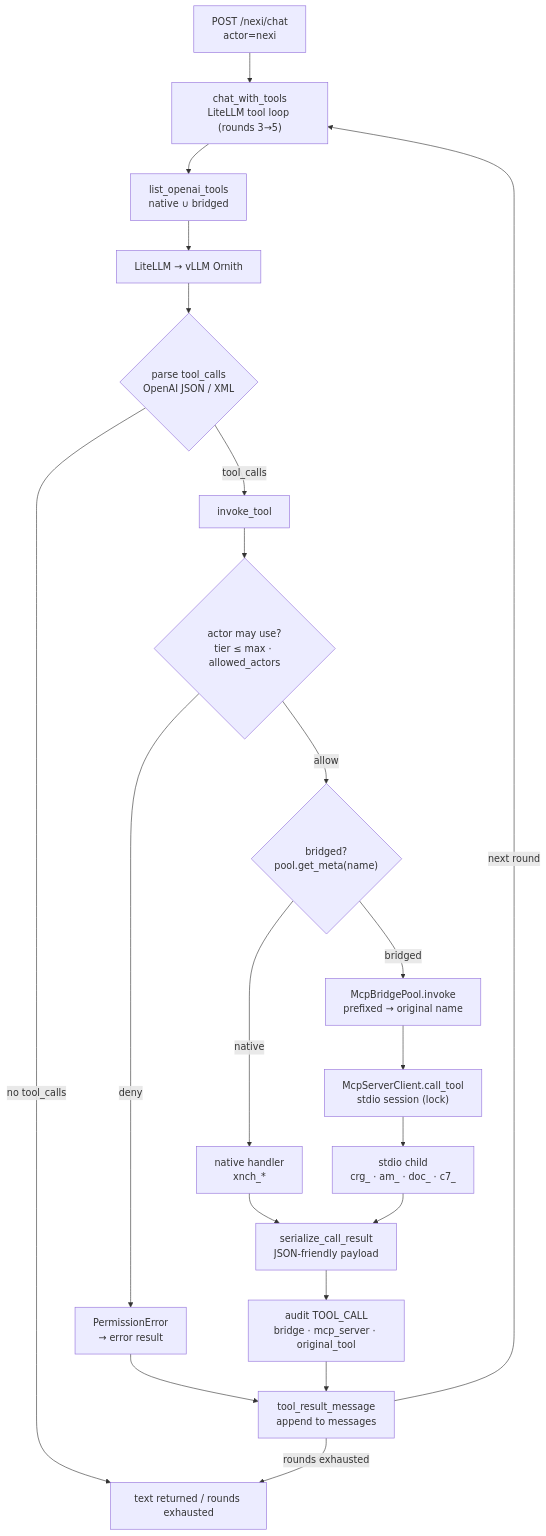
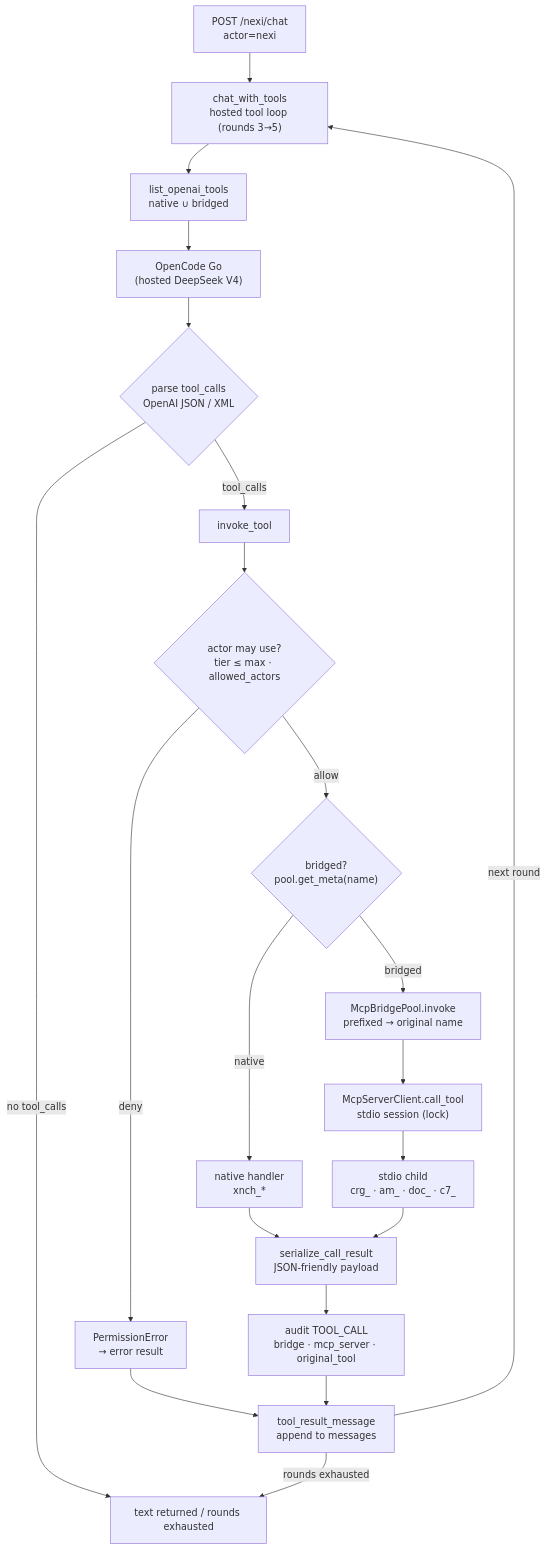
Before and after one commit to x-nch/xnchSystems: the diagram in docs/diagrams/mcp-bridge.mmd, drawn with Mermaid. The commit also changed 16 other files, not shown here.

```diff
--- a/docs/diagrams/mcp-bridge.mmd
+++ b/docs/diagrams/mcp-bridge.mmd
@@ -1,39 +1,39 @@
 flowchart TB
     REQ["POST /nexi/chat<br/>actor=nexi"]
-    CWT["chat_with_tools<br/>LiteLLM tool loop (rounds 3→5)"]
+    CWT["chat_with_tools<br/>hosted tool loop (rounds 3→5)"]
     TOOLS["list_openai_tools<br/>native ∪ bridged"]
-    LLM["LiteLLM → vLLM Ornith"]
+    LLM["OpenCode Go<br/>(hosted DeepSeek V4)"]
     PARSE{"parse tool_calls<br/>OpenAI JSON / <tool_call> XML"}
     INVOKE["invoke_tool"]
     GUARD{"actor may use?<br/>tier ≤ max · allowed_actors"}
     DENY["PermissionError<br/>→ error result"]
     NATIVE["native handler<br/>xnch_*"]
     META{"bridged?<br/>pool.get_meta(name)"}
     POOL["McpBridgePool.invoke<br/>prefixed → original name"]
     CLIENT["McpServerClient.call_tool<br/>stdio session (lock)"]
     CHILD["stdio child<br/>crg_ · am_ · doc_ · c7_"]
     SER["serialize_call_result<br/>JSON-friendly payload"]
     AUDIT["audit TOOL_CALL<br/>bridge · mcp_server · original_tool"]
     RESULT["tool_result_message<br/>append to messages"]
     DONE["text returned / rounds exhausted"]
 
     REQ --> CWT
     CWT --> TOOLS
     TOOLS --> LLM
     LLM --> PARSE
     PARSE -->|"no tool_calls"| DONE
     PARSE -->|"tool_calls"| INVOKE
     INVOKE --> GUARD
     GUARD -->|"deny"| DENY
     DENY --> RESULT
     GUARD -->|"allow"| META
     META -->|"native"| NATIVE
     META -->|"bridged"| POOL
     NATIVE --> SER
     POOL --> CLIENT
     CLIENT --> CHILD
     CHILD --> SER
     SER --> AUDIT
     AUDIT --> RESULT
     RESULT -->|"next round"| CWT
     RESULT -->|"rounds exhausted"| DONE
```
